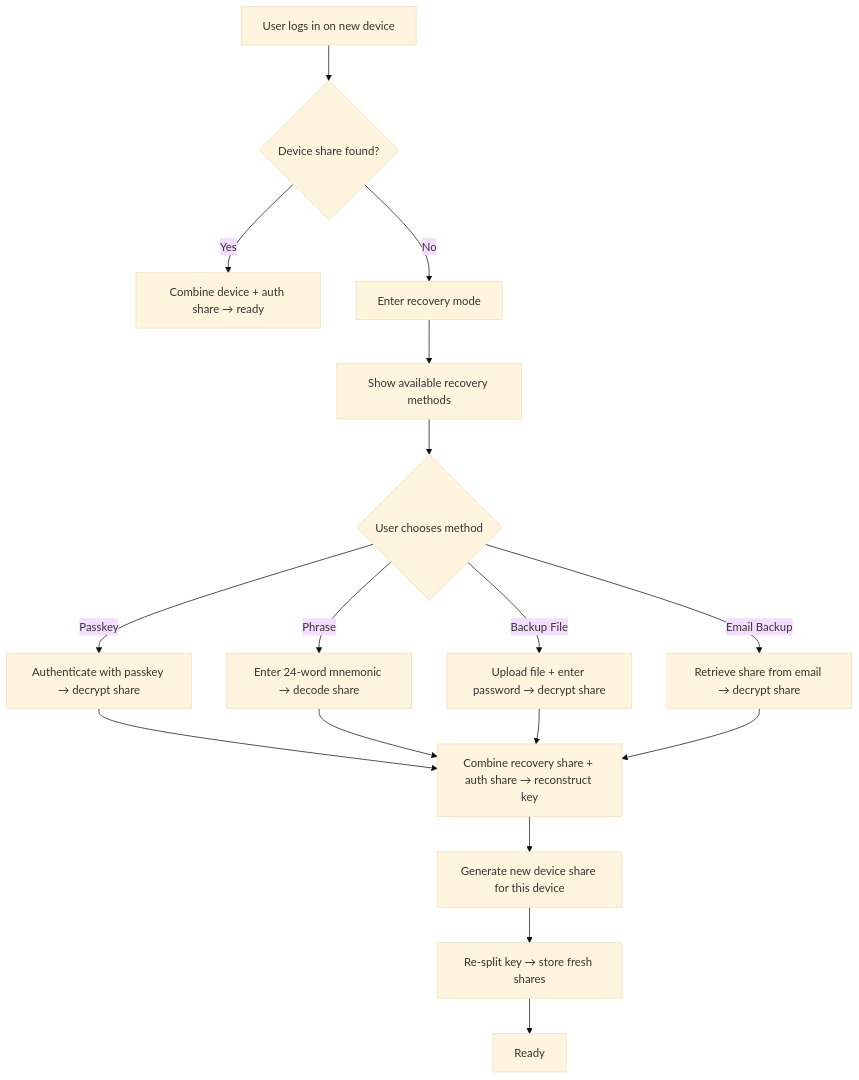
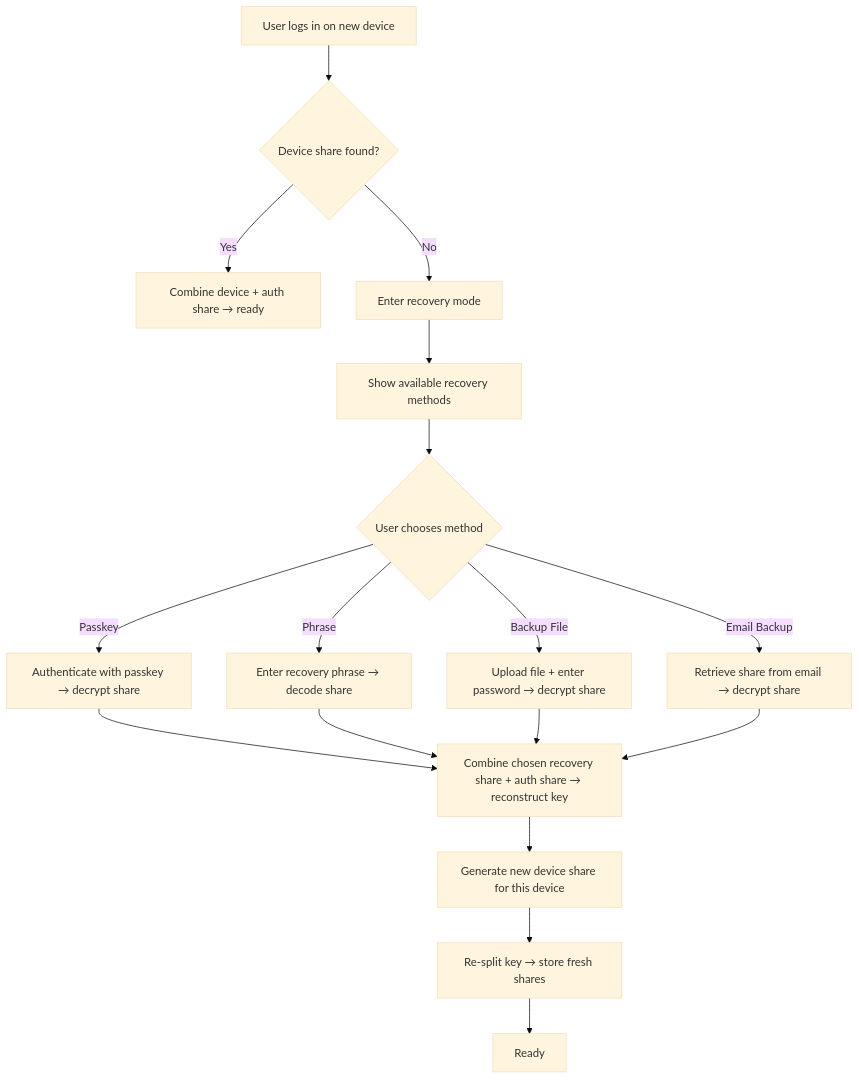
Before and after one commit to learningeconomy/LearnCard: the diagram in docs/core-concepts/identities-and-keys/account-recovery.md, drawn with Mermaid (base theme). The commit also changed other lines of this file and 6 other files, not shown here.

````diff
--- a/docs/core-concepts/identities-and-keys/account-recovery.md
+++ b/docs/core-concepts/identities-and-keys/account-recovery.md
@@ -64,16 +64,16 @@
 ```mermaid
 flowchart TD
     A[User logs in on new device] --> B{Device share found?}
     B -- Yes --> C[Combine device + auth share → ready]
     B -- No --> D[Enter recovery mode]
     D --> E[Show available recovery methods]
     E --> F{User chooses method}
     F -- Passkey --> G[Authenticate with passkey → decrypt share]
-    F -- Phrase --> H[Enter 24-word mnemonic → decode share]
+    F -- Phrase --> H[Enter recovery phrase → decode share]
     F -- Backup File --> I[Upload file + enter password → decrypt share]
     F -- Email Backup --> J[Retrieve share from email → decrypt share]
-    G & H & I & J --> K[Combine recovery share + auth share → reconstruct key]
+    G & H & I & J --> K[Combine chosen recovery share + auth share → reconstruct key]
     K --> L[Generate new device share for this device]
     L --> M[Re-split key → store fresh shares]
     M --> N[Ready]
 ```
````
